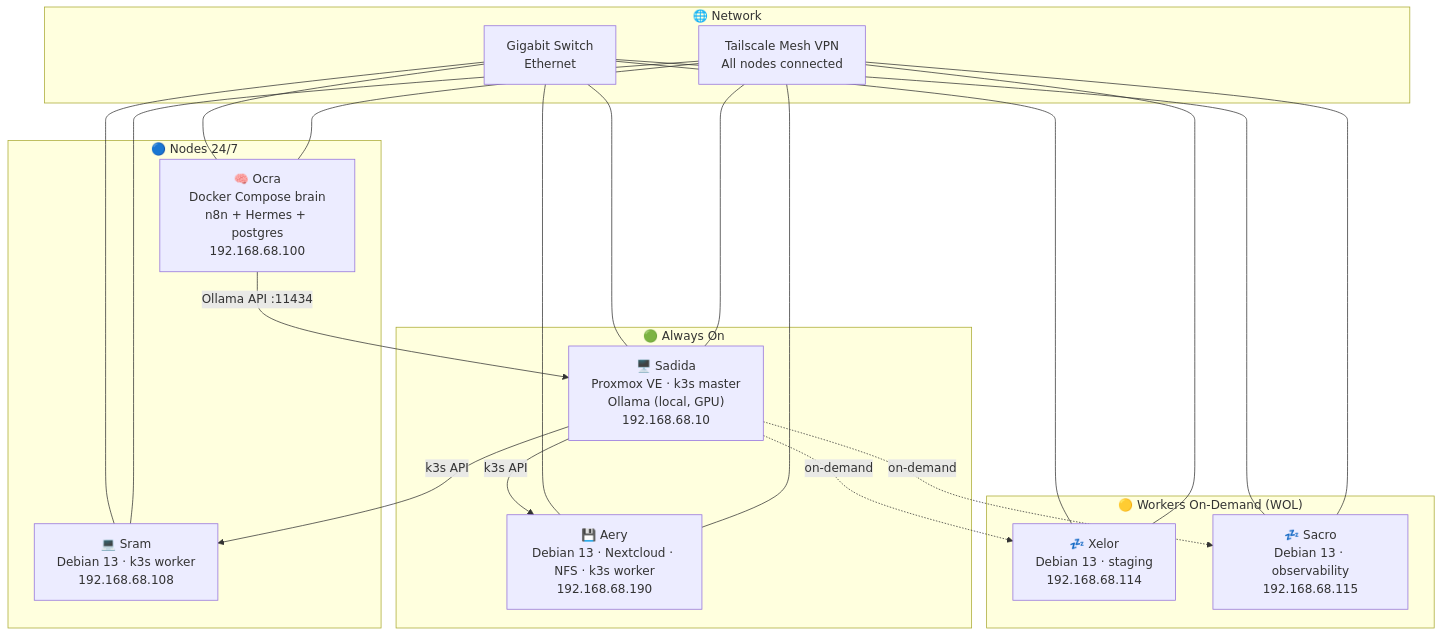
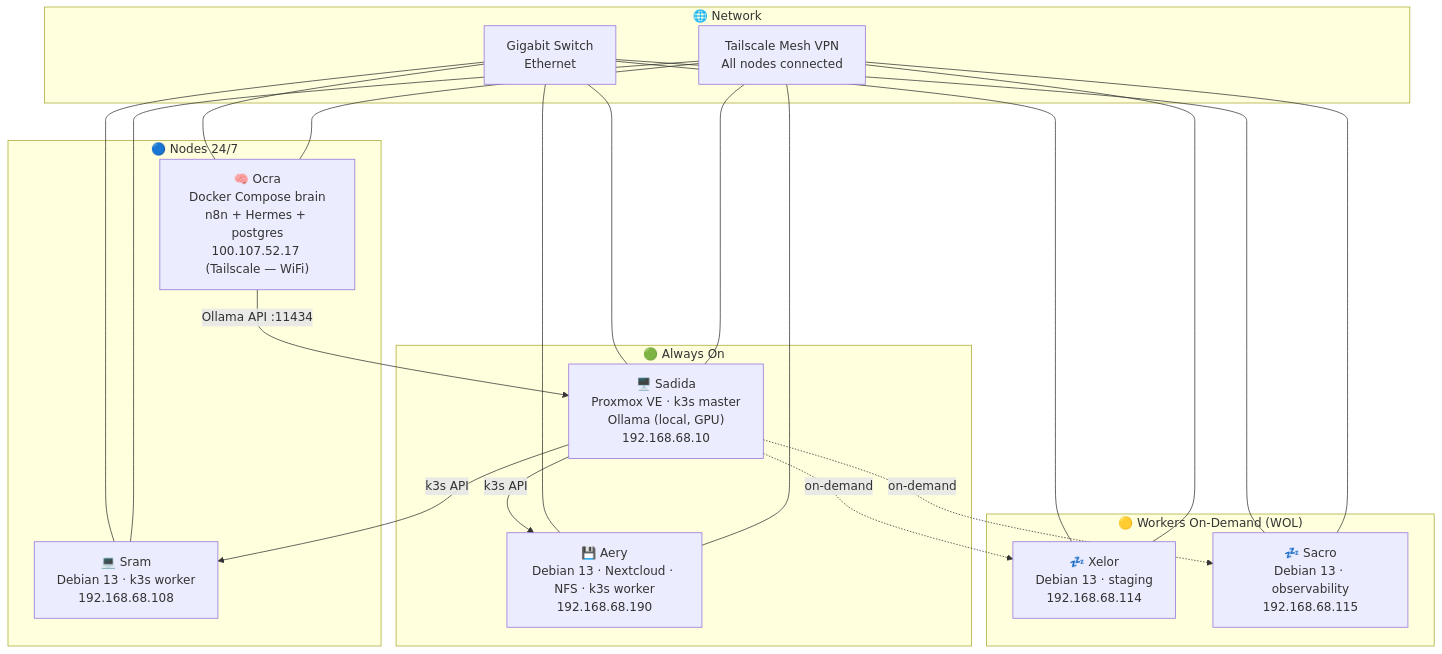
The first of 4 diagrams in README.md (SethSterling22/HomeLab_Architecture), drawn with Mermaid before and after one commit. The commit also changed other lines of this file and 4 other files, not shown here.

````diff
--- a/README.md
+++ b/README.md
@@ -139,42 +139,42 @@
 ```mermaid
 graph TB
     subgraph always_on["🟢 Always On"]
         SADIDA["🖥️ Sadida\nProxmox VE · k3s master\nOllama (local, GPU)\n192.168.68.10"]
         AERY["💾 Aery\nDebian 13 · Nextcloud · NFS · k3s worker\n192.168.68.190"]
     end
 
     subgraph workers_24["🔵 Nodes 24/7"]
-        OCRA["🧠 Ocra\nDocker Compose brain\nn8n + Hermes + postgres\n192.168.68.100"]
+        OCRA["🧠 Ocra\nDocker Compose brain\nn8n + Hermes + postgres\n100.107.52.17 (Tailscale — WiFi)"]
         SRAM["💻 Sram\nDebian 13 · k3s worker\n192.168.68.108"]
     end
 
     subgraph workers_od["🟡 Workers On-Demand (WOL)"]
         XELOR["💤 Xelor\nDebian 13 · staging\n192.168.68.114"]
         SACRO["💤 Sacro\nDebian 13 · observability\n192.168.68.115"]
     end
 
     subgraph network["🌐 Network"]
         SWITCH["Gigabit Switch\nEthernet"]
         TAILSCALE["Tailscale Mesh VPN\nAll nodes connected"]
     end
 
     OCRA -->|Ollama API :11434| SADIDA
     SADIDA -->|k3s API| SRAM
     SADIDA -->|k3s API| AERY
     SADIDA -.->|on-demand| XELOR
     SADIDA -.->|on-demand| SACRO
 
     SWITCH --- SADIDA
     SWITCH --- AERY
     SWITCH --- SRAM
     SWITCH --- OCRA
     SWITCH --- XELOR
     SWITCH --- SACRO
 
     TAILSCALE --- SADIDA
     TAILSCALE --- SRAM
     TAILSCALE --- OCRA
     TAILSCALE --- XELOR
     TAILSCALE --- SACRO
     TAILSCALE --- AERY
 ```
````
